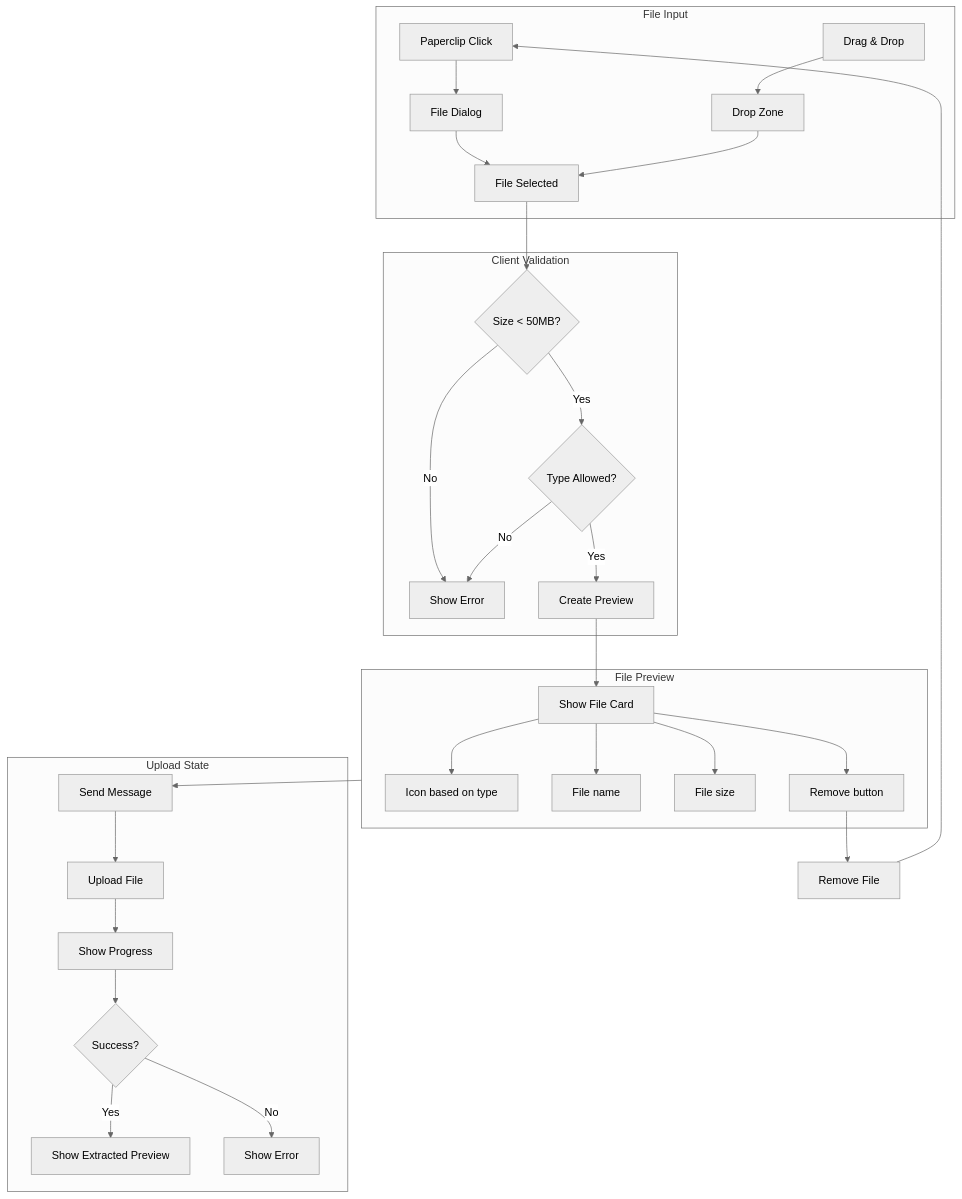
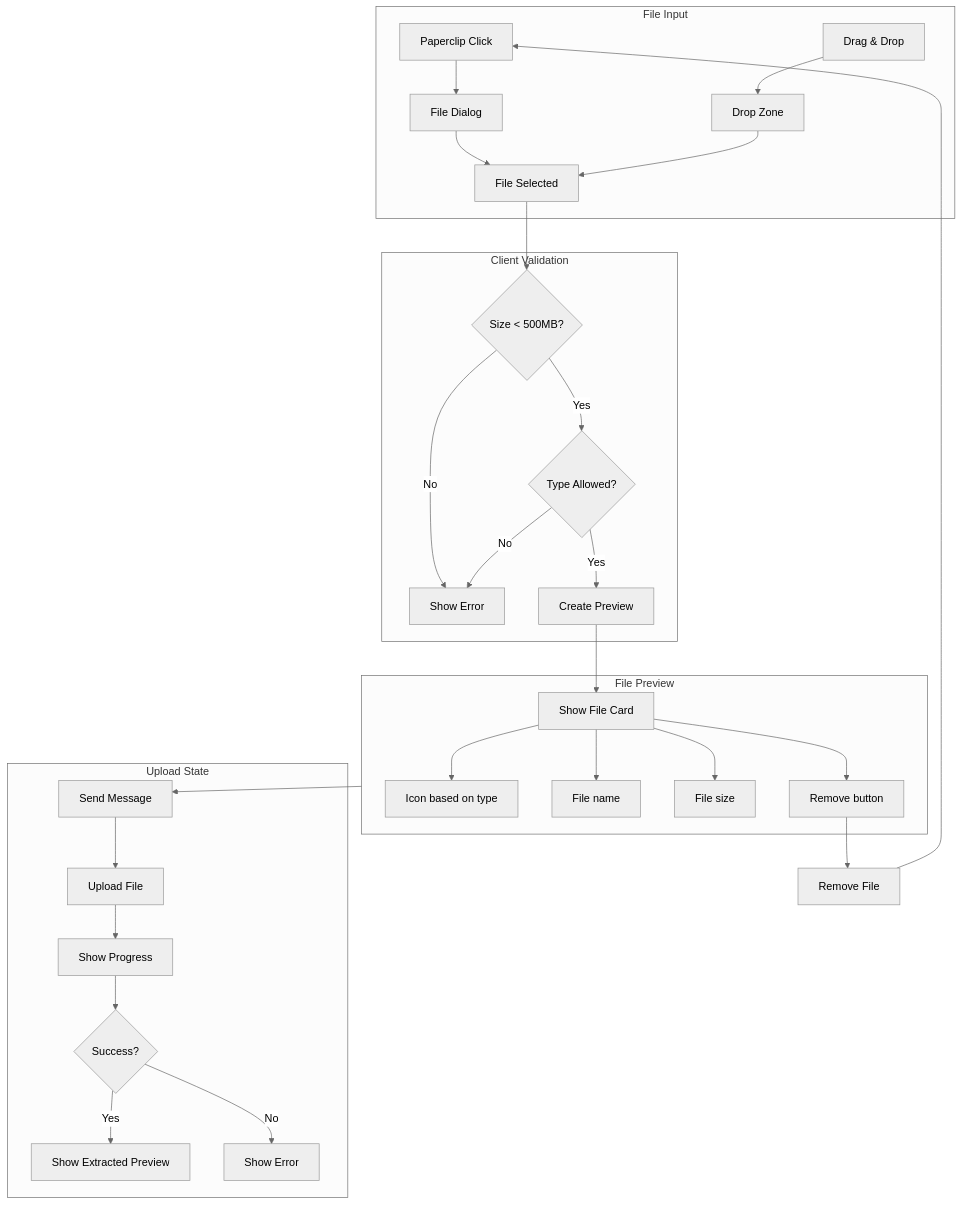
One commit to manumishra-zm/execution_plan changed diagram 20 of 22 in ocr_plan/upload_ocr.md. Above: the diagram before and after it, drawn with Mermaid (neutral theme). The commit also changed other lines of this file, not shown here.

````diff
--- a/ocr_plan/upload_ocr.md
+++ b/ocr_plan/upload_ocr.md
@@ -1545,37 +1598,37 @@
 ```mermaid
 flowchart TD
     subgraph FileInput["File Input"]
         A[Paperclip Click] --> B[File Dialog]
         C[Drag & Drop] --> D[Drop Zone]
         B --> E[File Selected]
         D --> E
     end
 
     subgraph Validation["Client Validation"]
-        E --> F{Size < 50MB?}
+        E --> F{Size < 500MB?}
         F -->|No| G[Show Error]
         F -->|Yes| H{Type Allowed?}
         H -->|No| G
         H -->|Yes| I[Create Preview]
     end
 
     subgraph Preview["File Preview"]
         I --> J[Show File Card]
         J --> K[Icon based on type]
         J --> L[File name]
         J --> M[File size]
         J --> N[Remove button]
     end
 
     subgraph Upload["Upload State"]
         O[Send Message] --> P[Upload File]
         P --> Q[Show Progress]
         Q --> R{Success?}
         R -->|Yes| S[Show Extracted Preview]
         R -->|No| T[Show Error]
     end
 
     Preview --> O
     N --> U[Remove File]
     U --> A
 ```
````
